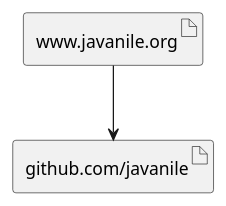
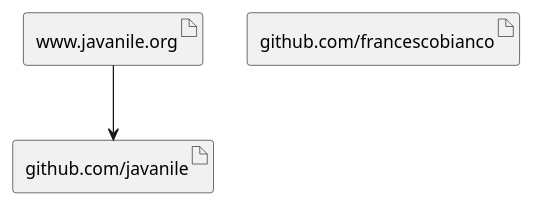
One commit to francescobianco/assets changed the diagram in docs/assets.puml. Above: the diagram before and after it, drawn with PlantUML.

```diff
--- a/docs/assets.puml
+++ b/docs/assets.puml
@@ -1,8 +1,16 @@
 @startuml
 
+'== Assets =='
+
+'-- Javanile --'
 artifact "www.javanile.org"
 artifact "github.com/javanile"
+
+'-- Francesco Bianco --'
+artifact "github.com/francescobianco"
+
+'== Connections =='
 
 [www.javanile.org] --> [github.com/javanile]
 
 @enduml
```
